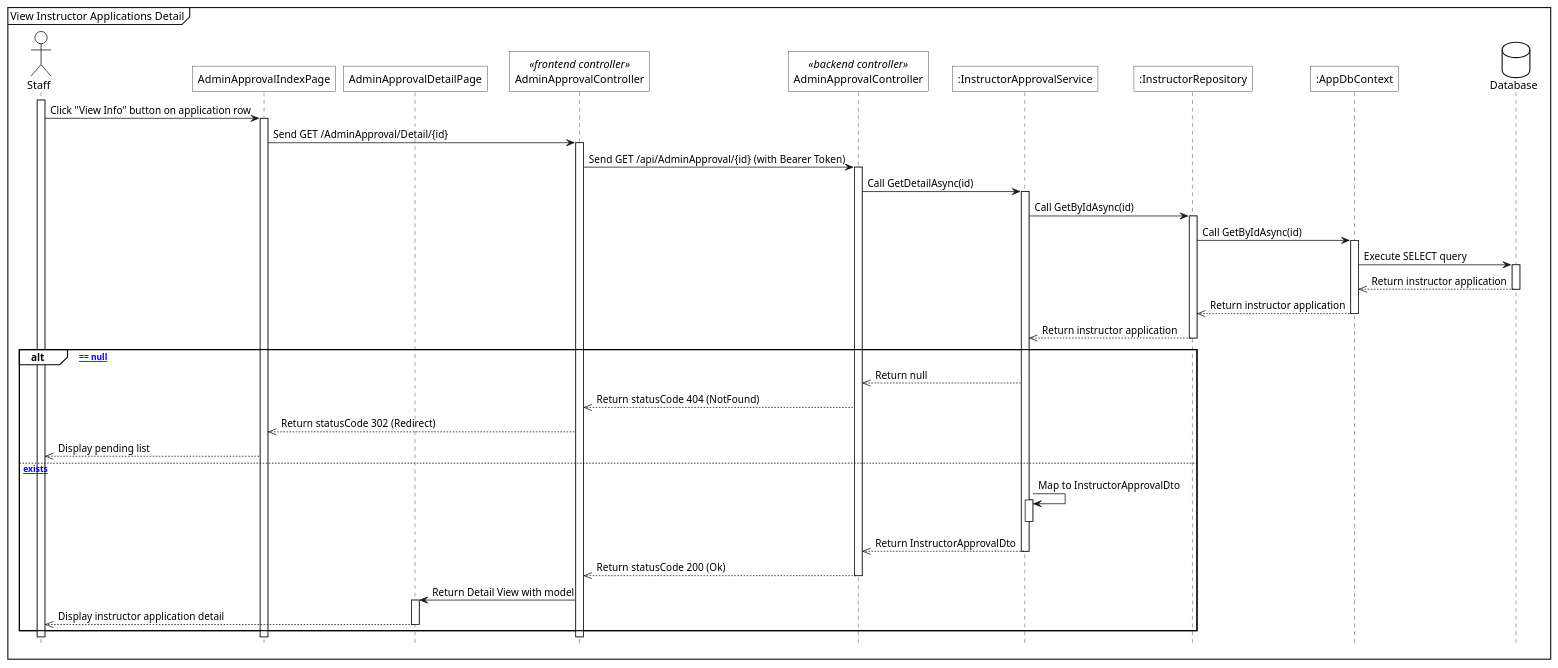
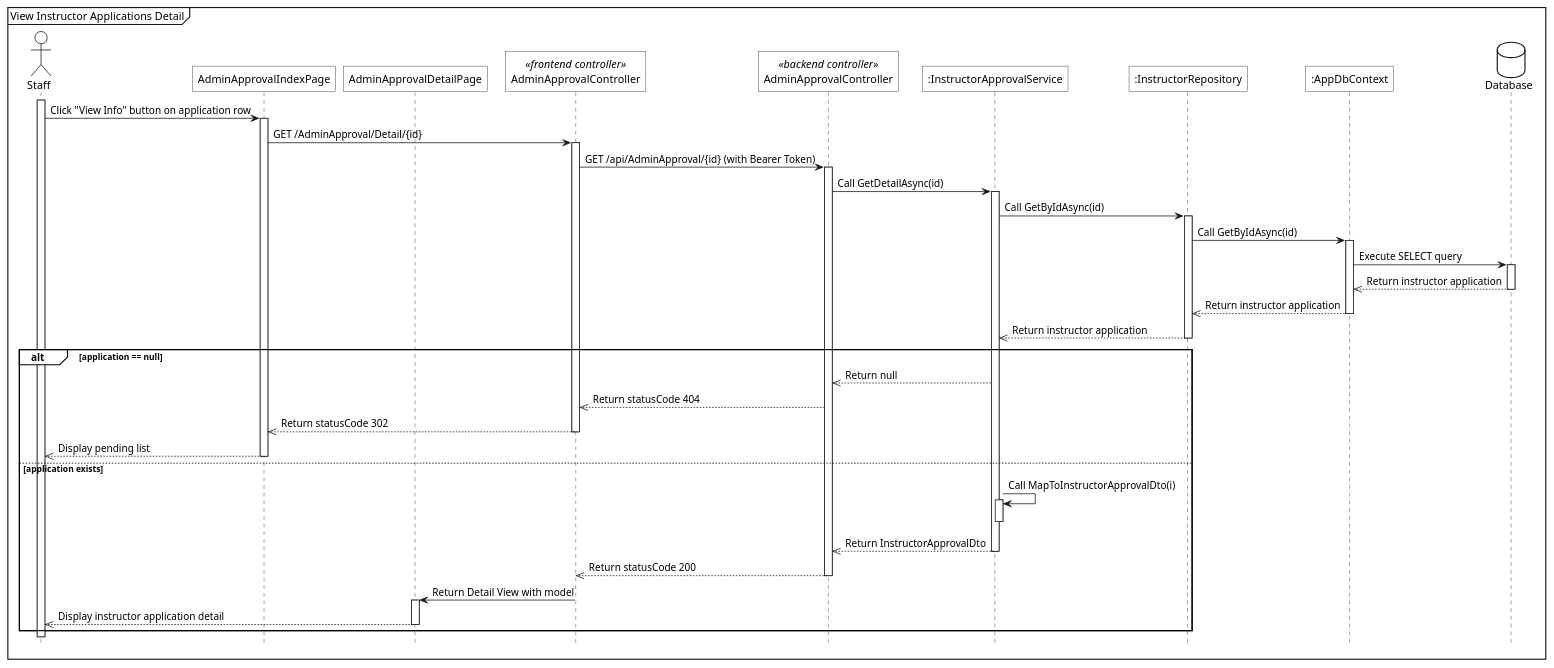
The diagram in diagrams/sequence/manage_instructor_applications/sq_view_instructor_applications_detail.plantuml (1000do/Linked), drawn with PlantUML before and after one commit. The commit also changed 46 other files, not shown here.

Commit message:
feat: implement Cart, Notification, and Instructor Approval services and document related workflows with class and sequence diagrams

```diff
--- a/diagrams/sequence/manage_instructor_applications/sq_view_instructor_applications_detail.plantuml
+++ b/diagrams/sequence/manage_instructor_applications/sq_view_instructor_applications_detail.plantuml
@@ -1,71 +1,72 @@
 @startuml
 <style>
     sequenceDiagram{
         actor{
             BackgroundColor white
             LineThickness 1.0
         }
         participant{
             BackgroundColor white
             RoundCorner 0
         }
         database{
             BackgroundColor white
         }
         groupHeader{
             BackgroundColor white
         }
         referenceHeader{
             BackgroundColor white
         }
         reference{
             BackgroundColor white
         }
     }
 </style>
 
 hide footbox
 
 mainframe View Instructor Applications Detail
 
 actor Staff as act
 participant "AdminApprovalIndexPage" as index_view
 participant "AdminApprovalDetailPage" as detail_view
 participant "AdminApprovalController" as fe_ctrl <<frontend controller>>
 participant "AdminApprovalController" as be_ctrl <<backend controller>>
 participant ":InstructorApprovalService" as sv
 participant ":InstructorRepository" as repo
 participant ":AppDbContext" as ctx
 database Database as db
 
-act++
-act->index_view++: Click "View Info" button on application row
-index_view->fe_ctrl++: Send GET /AdminApproval/Detail/{id}
+act ++
+act -> index_view++: Click "View Info" button on application row
+index_view -> fe_ctrl++: GET /AdminApproval/Detail/{id}
 
-fe_ctrl->be_ctrl++: Send GET /api/AdminApproval/{id} (with Bearer Token)
+fe_ctrl -> be_ctrl++: GET /api/AdminApproval/{id} (with Bearer Token)
 
-be_ctrl->sv++: Call GetDetailAsync(id)
-sv->repo++: Call GetByIdAsync(id)
-repo->ctx++: Call GetByIdAsync(id)
-ctx->db++: Execute SELECT query
+be_ctrl -> sv++: Call GetDetailAsync(id)
+sv -> repo++: Call GetByIdAsync(id)
+repo -> ctx++: Call GetByIdAsync(id)
+ctx -> db++: Execute SELECT query
 
-db-->>ctx--: Return instructor application
-ctx-->>repo--: Return instructor application
-repo-->>sv--: Return instructor application
+db -->> ctx--: Return instructor application
+ctx -->> repo--: Return instructor application
+repo -->> sv--: Return instructor application
 
-alt [application == null]
-    sv-->>be_ctrl: Return null
-    be_ctrl-->>fe_ctrl: Return statusCode 404 (NotFound)
-    fe_ctrl-->>index_view: Return statusCode 302 (Redirect)
-    index_view-->>act: Display pending list
-else [application exists]
-    sv->sv++: Map to InstructorApprovalDto
-    sv--
-    sv-->>be_ctrl--: Return InstructorApprovalDto
-    be_ctrl-->>fe_ctrl--: Return statusCode 200 (Ok)
+alt application == null
+    sv -->> be_ctrl: Return null
+    be_ctrl -->> fe_ctrl: Return statusCode 404
+    fe_ctrl -->> index_view--: Return statusCode 302
+    index_view -->> act--: Display pending list
+else application exists
+    sv -> sv++: Call MapToInstructorApprovalDto(i)
+    sv --
+    sv -->> be_ctrl--: Return InstructorApprovalDto
+    be_ctrl -->> fe_ctrl--: Return statusCode 200
     
-    fe_ctrl->detail_view++: Return Detail View with model
-    detail_view-->>act--: Display instructor application detail
+    fe_ctrl -> detail_view++: Return Detail View with model
+    detail_view -->> act--: Display instructor application detail
+    fe_ctrl --
 end
 
 @enduml
```
